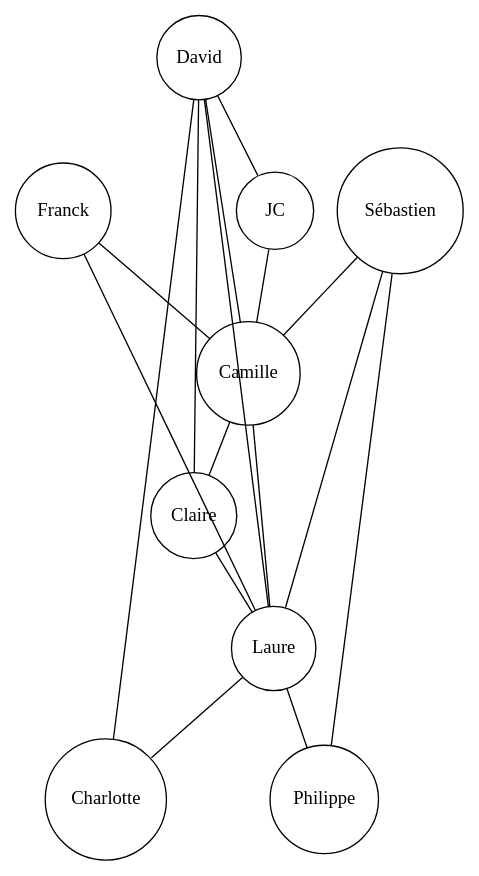
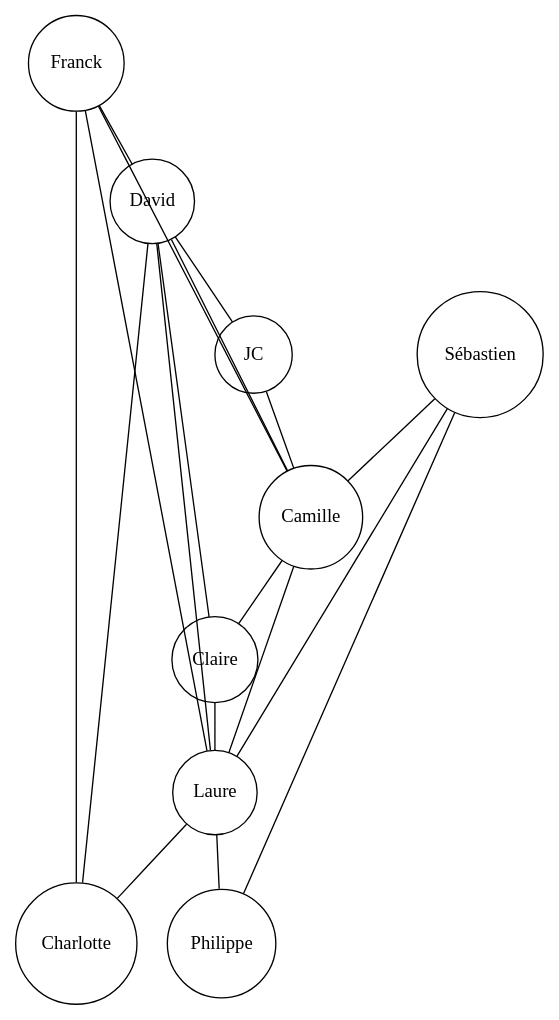
Before and after one commit to coti/interactions: the diagram in graphe.dot, drawn with Graphviz. The commit also changed other lines of this file, not shown here.

Commit message:
added interactions for Franck

```diff
--- a/graphe.dot
+++ b/graphe.dot
@@ -1,23 +1,25 @@
  graph G {
  overlap=scale;
  node [shape=circle width=.8 ];
  edge [arrowhead=none];
  splines=false;
 
 Claire -- Laure;
 Laure -- Charlotte;
 David -- Laure;
 JC -- Camille;
 Camille -- Laure;
 David -- JC;
 Camille -- David;
 Camille -- Claire;
 David -- Charlotte;
 David -- Claire;
 Sébastien -- Laure;
 Sébastien -- Camille;
 Franck -- Laure;
 Franck -- Camille;
 Sébastien -- Philippe;
 Laure -- Philippe;
+Franck -- David;
+Franck -- Charlotte;
  }
```
